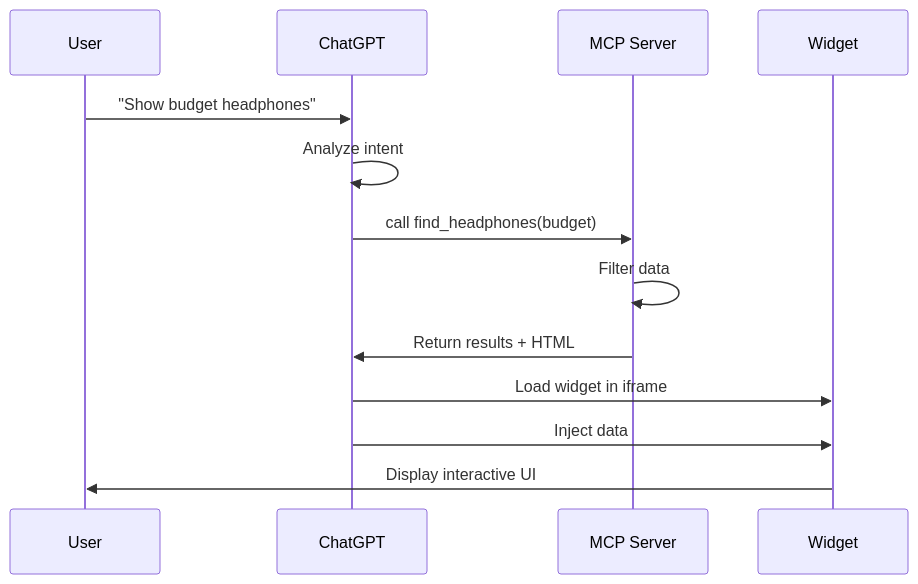
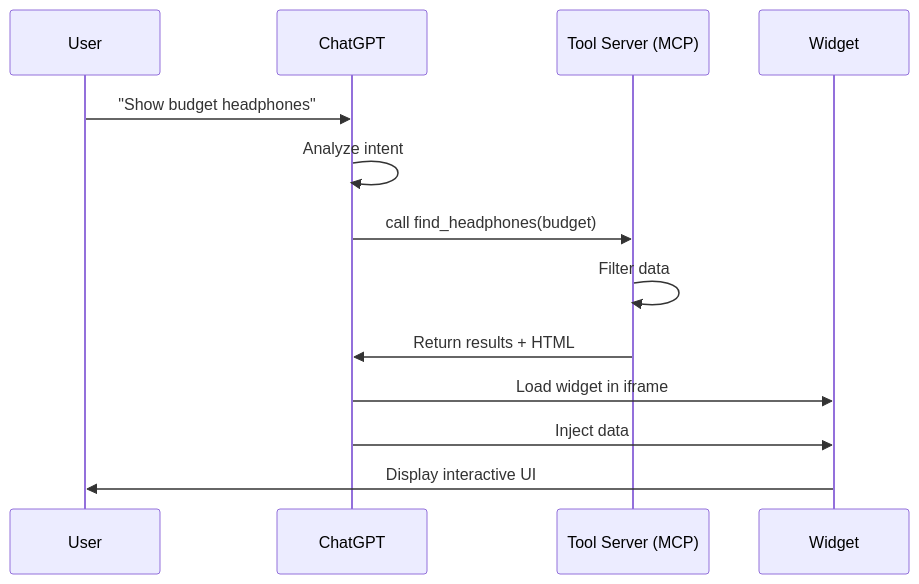
One commit to alexanderjt3/techgear changed the first of 3 diagrams in docs/slides.md. Above: the diagram before and after it, drawn with Mermaid. The commit also changed other lines of this file, not shown here.

Commit message:
update to replace mcp mentions

````diff
--- a/docs/slides.md
+++ b/docs/slides.md
@@ -110,16 +111,16 @@
-```mermaid
+```mermaid {scale: 0.6}
 sequenceDiagram
     participant User
     participant ChatGPT
-    participant MCP Server
+    participant Tool Server (MCP)
     participant Widget
     
     User->>ChatGPT: "Show budget headphones"
     ChatGPT->>ChatGPT: Analyze intent
-    ChatGPT->>MCP Server: call find_headphones(budget)
-    MCP Server->>MCP Server: Filter data
-    MCP Server->>ChatGPT: Return results + HTML
+    ChatGPT->>Tool Server (MCP): call find_headphones(budget)
+    Tool Server (MCP)->>Tool Server (MCP): Filter data
+    Tool Server (MCP)->>ChatGPT: Return results + HTML
     ChatGPT->>Widget: Load widget in iframe
     ChatGPT->>Widget: Inject data
     Widget->>User: Display interactive UI
 ```
````
